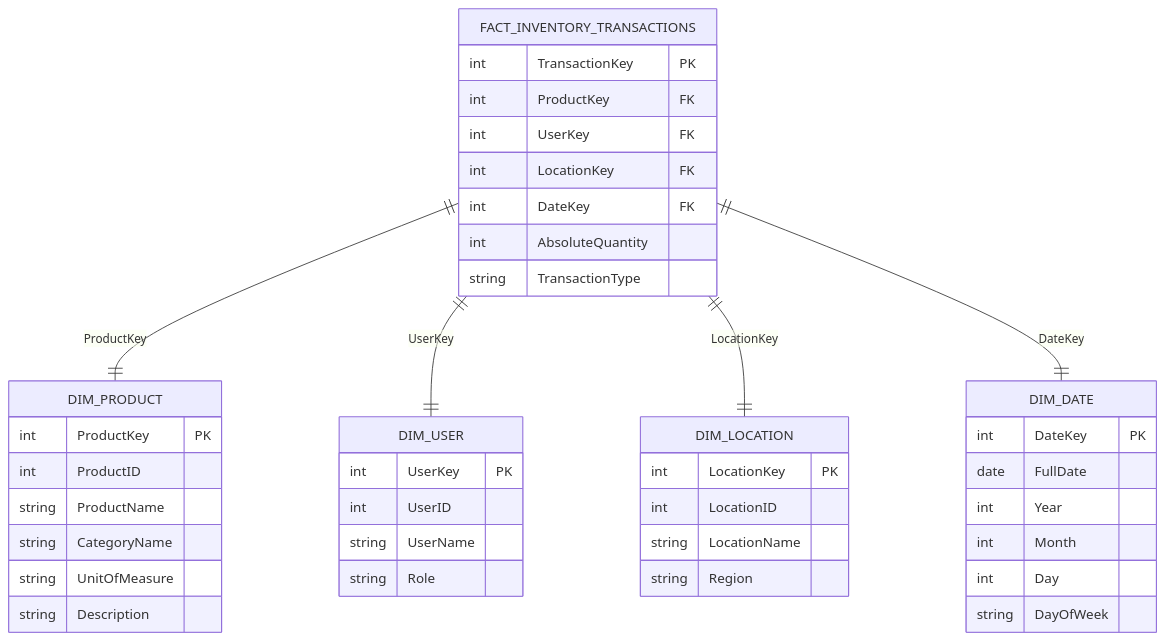
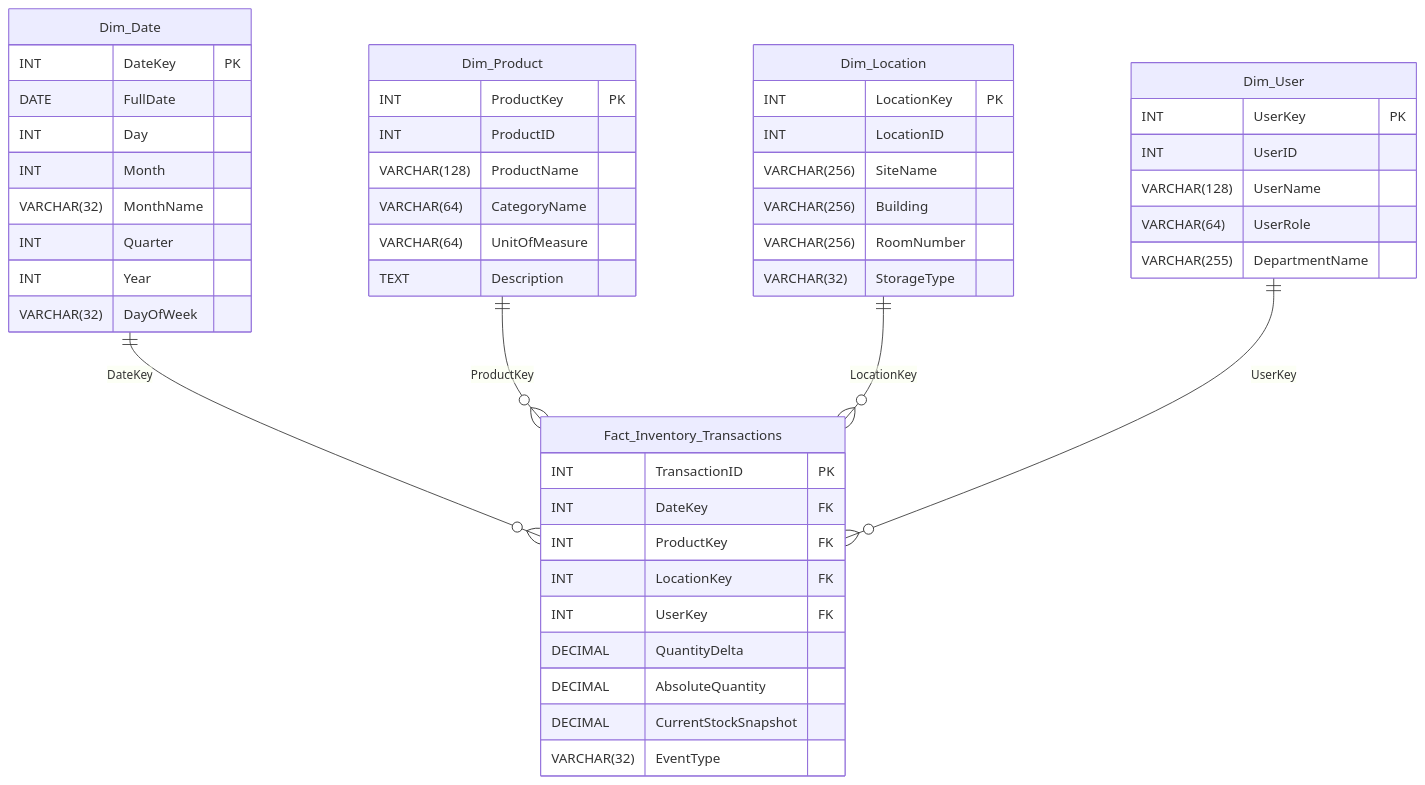
Before and after one commit to maticly/LabHub: the diagram in README.md, drawn with Mermaid. The commit also changed 27 other files, not shown here.

````diff
--- a/README.md
+++ b/README.md
@@ -119,49 +119,69 @@
 ```mermaid
 erDiagram
-    DIM_PRODUCT {
-        int ProductKey PK
-        int ProductID
-        string ProductName
-        string CategoryName
-        string UnitOfMeasure
-        string Description
+
+    %% =========================
+    %% Dimension Tables
+    %% =========================
+
+    Dim_Date {
+        INT DateKey PK
+        DATE FullDate
+        INT Day
+        INT Month
+        VARCHAR(32) MonthName
+        INT Quarter
+        INT Year
+        VARCHAR(32) DayOfWeek
     }
 
-    DIM_USER {
-        int UserKey PK
-        int UserID
-        string UserName
-        string Role
+    Dim_Product {
+        INT ProductKey PK
+        INT ProductID
+        VARCHAR(128) ProductName
+        VARCHAR(64) CategoryName
+        VARCHAR(64) UnitOfMeasure
+        TEXT Description
     }
 
-    DIM_LOCATION {
-        int LocationKey PK
-        int LocationID
-        string LocationName
-        string Region
+    Dim_Location {
+        INT LocationKey PK
+        INT LocationID
+        VARCHAR(256) SiteName
+        VARCHAR(256) Building
+        VARCHAR(256) RoomNumber
+        VARCHAR(32) StorageType
     }
 
-    DIM_DATE {
-        int DateKey PK
-        date FullDate
-        int Year
-        int Month
-        int Day
-        string DayOfWeek
+    Dim_User {
+        INT UserKey PK
+        INT UserID
+        VARCHAR(128) UserName
+        VARCHAR(64) UserRole
+        VARCHAR(255) DepartmentName
     }
 
-    FACT_INVENTORY_TRANSACTIONS {
-        int TransactionKey PK
-        int ProductKey FK
-        int UserKey FK
-        int LocationKey FK
-        int DateKey FK
-        int AbsoluteQuantity
-        string TransactionType
+    %% =========================
+    %% Fact Table
+    %% =========================
+
+    Fact_Inventory_Transactions {
+        INT TransactionID PK
+        INT DateKey FK
+        INT ProductKey FK
+        INT LocationKey FK
+        INT UserKey FK
+        DECIMAL QuantityDelta
+        DECIMAL AbsoluteQuantity
+        DECIMAL CurrentStockSnapshot
+        VARCHAR(32) EventType
     }
 
-    FACT_INVENTORY_TRANSACTIONS ||--|| DIM_PRODUCT : "ProductKey"
-    FACT_INVENTORY_TRANSACTIONS ||--|| DIM_USER : "UserKey"
-    FACT_INVENTORY_TRANSACTIONS ||--|| DIM_LOCATION : "LocationKey"
-    FACT_INVENTORY_TRANSACTIONS ||--|| DIM_DATE : "DateKey"
+    %% =========================
+    %% Relationships
+    %% =========================
+
+    Dim_Date ||--o{ Fact_Inventory_Transactions : "DateKey"
+    Dim_Product ||--o{ Fact_Inventory_Transactions : "ProductKey"
+    Dim_Location ||--o{ Fact_Inventory_Transactions : "LocationKey"
+    Dim_User ||--o{ Fact_Inventory_Transactions : "UserKey"
 ```
````
